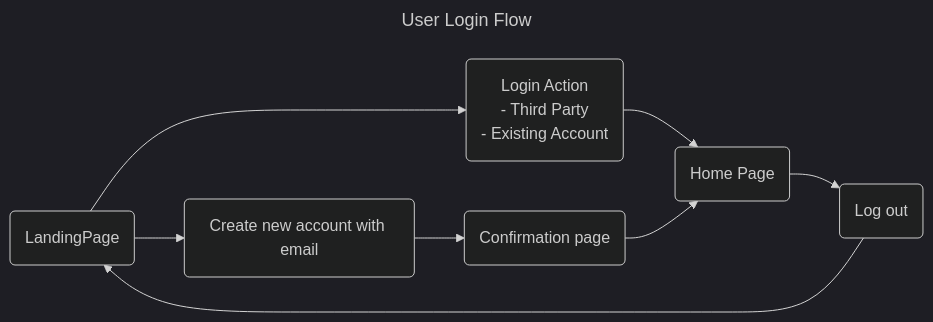
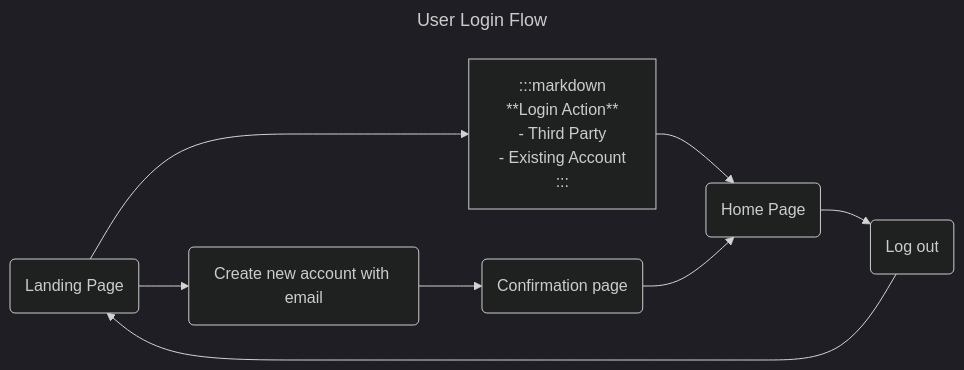
The diagram in README.md (Brandontzhang/daily-tokens), drawn with Mermaid (dark theme) before and after one commit.

Commit message:
Changed user login flow diagram

````diff
--- a/README.md
+++ b/README.md
@@ -20,21 +20,23 @@
   ```mermaid
   ---
   title: User Login Flow
   --- 
   flowchart LR
-      A(LandingPage)
-      B("Login Action
+      A(Landing Page)
+      B[":::markdown
+      **Login Action**
       - Third Party
-      - Existing Account")
+      - Existing Account
+      :::"]
       C(Home Page)
       D(Log out)
       E(Create new account with email)
       F(Confirmation page)
       A --> B
       B --> C
       C --> D
       A --> E
       E --> F
       F --> C
       D --> A
    ```
````
